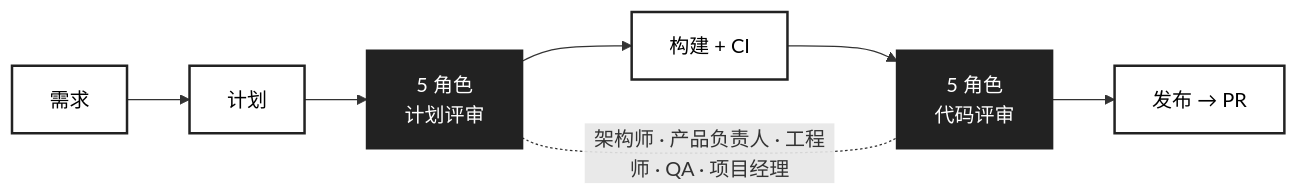
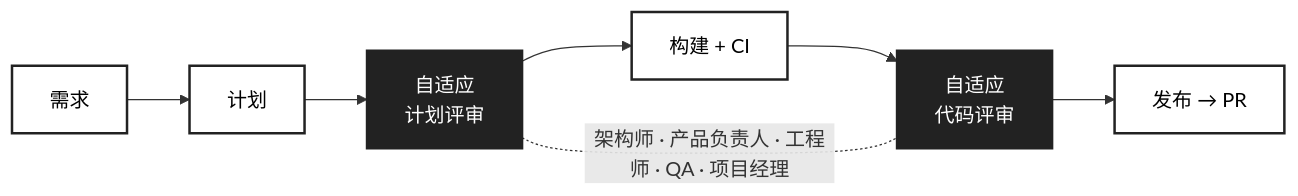
Before and after one commit to arthaszeng/harness-flow: the diagram in README.zh-CN.md, drawn with Mermaid. The commit also changed other lines of this file and 66 other files, not shown here.

First line of the commit message:
feat: three-layer performance architecture (task-073) (#136)

````diff
--- a/README.zh-CN.md
+++ b/README.zh-CN.md
@@ -38,17 +38,17 @@
 ```mermaid
 flowchart LR
   Req["需求"] --> Plan["计划"]
-  Plan --> PlanReview["5 角色\n计划评审"]
+  Plan --> PlanReview["自适应\n计划评审"]
   PlanReview --> Build["构建 + CI"]
-  Build --> CodeReview["5 角色\n代码评审"]
+  Build --> CodeReview["自适应\n代码评审"]
   CodeReview --> Ship["发布 → PR"]
 
   PlanReview -.-|"架构师 · 产品负责人 · 工程师 · QA · 项目经理"| CodeReview
 
   style Req fill:#fff,stroke:#222,stroke-width:2px,color:#000
   style Plan fill:#fff,stroke:#222,stroke-width:2px,color:#000
   style PlanReview fill:#222,stroke:#222,stroke-width:2px,color:#fff
   style Build fill:#fff,stroke:#222,stroke-width:2px,color:#000
   style CodeReview fill:#222,stroke:#222,stroke-width:2px,color:#fff
   style Ship fill:#fff,stroke:#222,stroke-width:2px,color:#000
 ```
````
